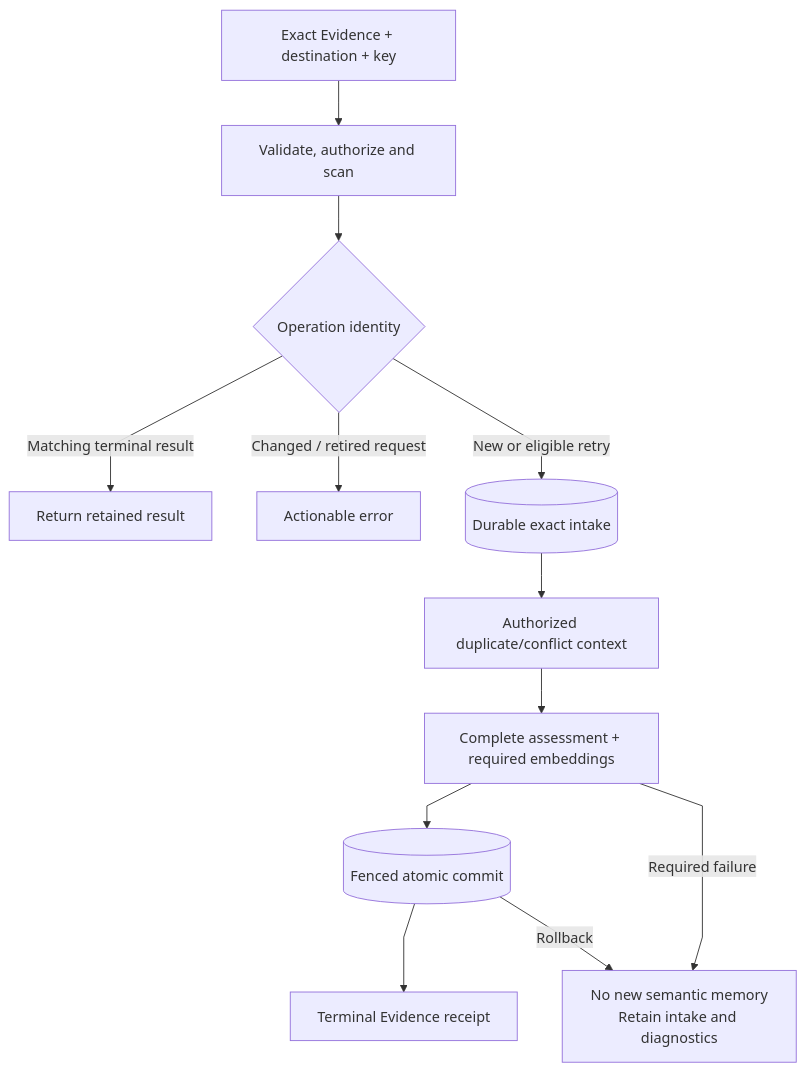
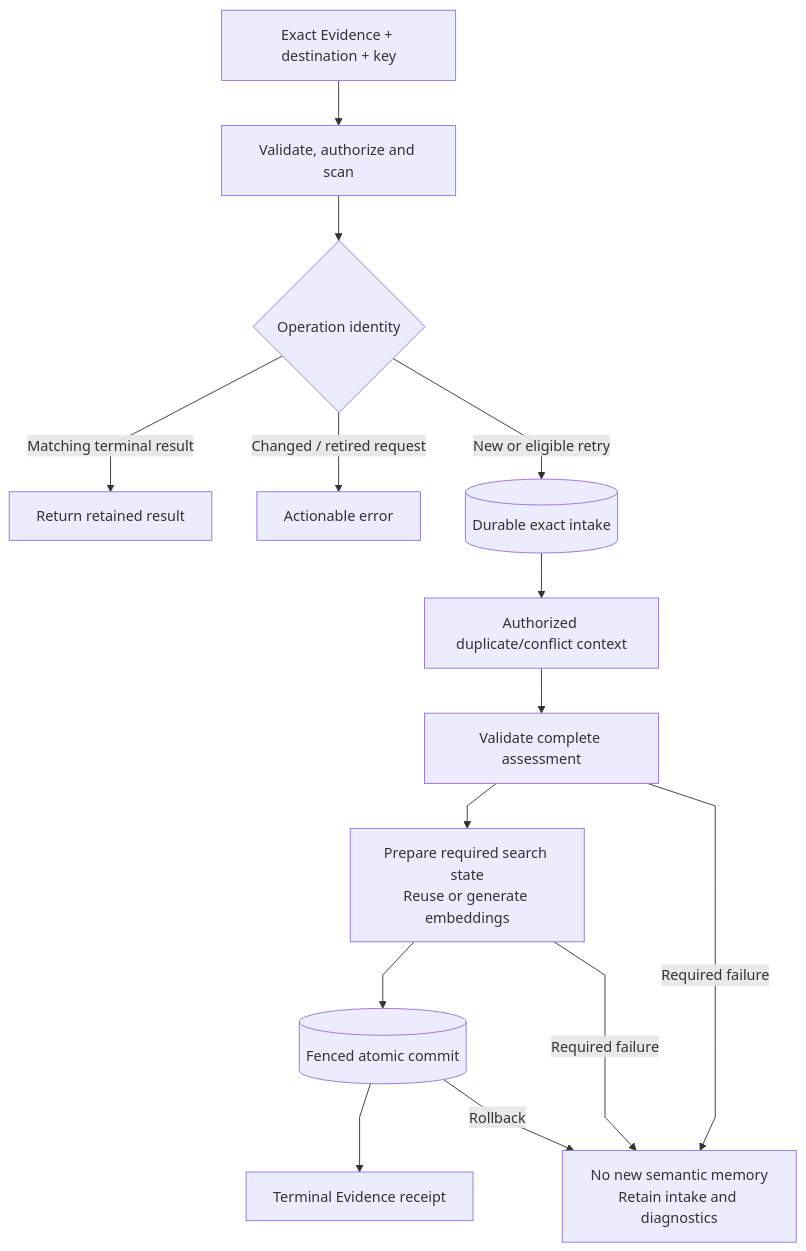
Before and after one commit to markhuangai/dense-mem: the first of 3 diagrams in Write-Pipeline.md, drawn with Mermaid. The commit also changed other lines of this file and 11 other files, not shown here.

Commit message:
docs: describe current progress and Evidence-only cutover flows

````diff
--- a/Write-Pipeline.md
+++ b/Write-Pipeline.md
@@ -7,15 +7,17 @@
 ```mermaid
 %%{init: {"flowchart": {"curve": "linear"}}}%%
 flowchart TB
   Input["Exact Evidence + destination + key"] --> Admit["Validate, authorize and scan"]
   Admit --> Replay{"Operation identity"}
   Replay -->|"Matching terminal result"| Receipt["Return retained result"]
   Replay -->|"Changed / retired request"| Error["Actionable error"]
   Replay -->|"New or eligible retry"| Stage[("Durable exact intake")]
   Stage --> Context["Authorized duplicate/conflict context"]
-  Context --> Provider["Complete assessment + required embeddings"]
-  Provider --> Commit[("Fenced atomic commit")]
+  Context --> Assessment["Validate complete assessment"]
+  Assessment --> Search["Prepare required search state<br/>Reuse or generate embeddings"]
+  Search --> Commit[("Fenced atomic commit")]
   Commit --> Done["Terminal Evidence receipt"]
-  Provider -->|"Required failure"| Failed["No new semantic memory<br/>Retain intake and diagnostics"]
+  Assessment -->|"Required failure"| Failed["No new semantic memory<br/>Retain intake and diagnostics"]
+  Search -->|"Required failure"| Failed
   Commit -->|"Rollback"| Failed
 ```
````
